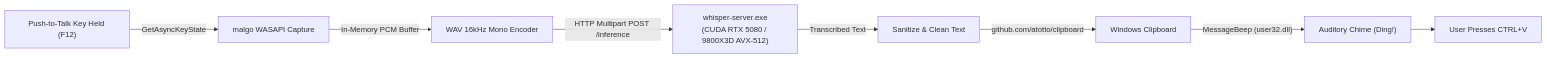
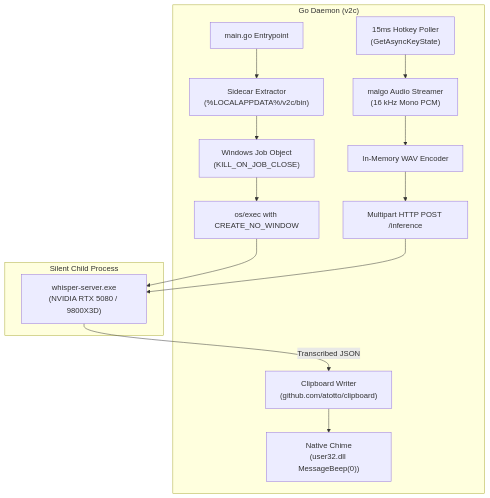
One commit to nasroht/cliVoiceToClipboard changed the diagram in README.md. Above: the diagram before and after it, drawn with Mermaid. The commit also changed other lines of this file and 8 other files, not shown here.

Commit message:
feat: implement silent sidecar supervisor with Windows Job Object protection and AppData extraction

````diff
--- a/README.md
+++ b/README.md
@@ -64,10 +65,21 @@
 ```mermaid
-flowchart LR
-    A["Push-to-Talk Key Held (F12)"] -->|"GetAsyncKeyState"| B["malgo WASAPI Capture"]
-    B -->|"In-Memory PCM Buffer"| C["WAV 16kHz Mono Encoder"]
-    C -->|"HTTP Multipart POST /inference"| D["whisper-server.exe\n(CUDA RTX 5080 / 9800X3D AVX-512)"]
-    D -->|"Transcribed Text"| E["Sanitize & Clean Text"]
-    E -->|"github.com/atotto/clipboard"| F["Windows Clipboard"]
-    F -->|"MessageBeep (user32.dll)"| G["Auditory Chime (Ding!)"]
-    G --> H["User Presses CTRL+V"]
+flowchart TD
+    subgraph Parent ["Go Daemon (v2c)"]
+        A["main.go Entrypoint"] --> B["Sidecar Extractor\n(%LOCALAPPDATA%/v2c/bin)"]
+        B --> C["Windows Job Object\n(KILL_ON_JOB_CLOSE)"]
+        C --> D["os/exec with CREATE_NO_WINDOW"]
+        E["15ms Hotkey Poller\n(GetAsyncKeyState)"] --> F["malgo Audio Streamer\n(16 kHz Mono PCM)"]
+        F --> G["In-Memory WAV Encoder"]
+        G --> H["Multipart HTTP POST /inference"]
+        I["Clipboard Writer\n(github.com/atotto/clipboard)"]
+        J["Native Chime\n(user32.dll MessageBeep(0))"]
+    end
+
+    subgraph Sidecar ["Silent Child Process"]
+        D --> K["whisper-server.exe\n(NVIDIA RTX 5080 / 9800X3D)"]
+    end
+
+    H --> K
+    K -->|"Transcribed JSON"| I
+    I --> J
 ```
````
